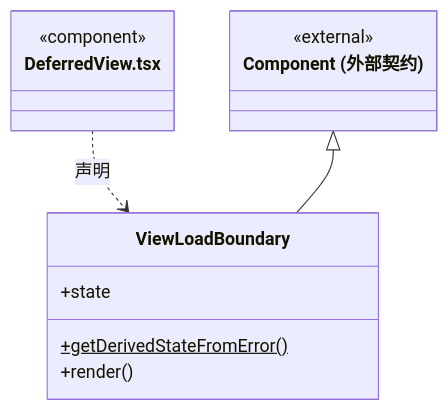
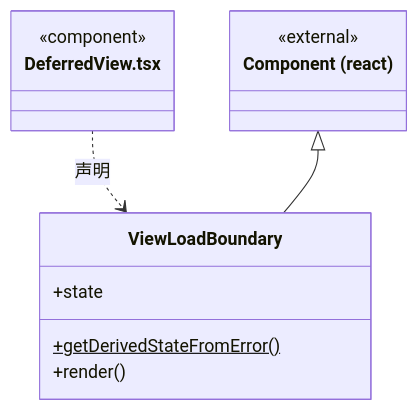
Before and after one commit to nan023062/cbim: the fifth of 21 diagrams in src/view/components/ARCHITECTURE.md, drawn with Mermaid. The commit also changed other lines of this file and 112 other files, not shown here.

Commit message:
docs: align source architecture with current declarations and contracts

````diff
--- a/src/view/components/ARCHITECTURE.md
+++ b/src/view/components/ARCHITECTURE.md
@@ -168,16 +168,16 @@
 ```mermaid
 classDiagram
 class N_src_view_components_DeferredView_tsx["DeferredView.tsx"] {
   <<component>>
 }
 class N_src_view_components_DeferredView_tsx_ViewLoadBoundary["ViewLoadBoundary"] {
   +state
   +getDerivedStateFromError()$
   +render()
 }
 N_src_view_components_DeferredView_tsx ..> N_src_view_components_DeferredView_tsx_ViewLoadBoundary : 声明
-class N_src_view_components_DeferredView_tsx_external_Component["Component (外部契约)"] {
+class N_src_view_components_DeferredView_tsx_external_Component["Component (react)"] {
   <<external>>
 }
 N_src_view_components_DeferredView_tsx_external_Component <|-- N_src_view_components_DeferredView_tsx_ViewLoadBoundary
 ```
````
